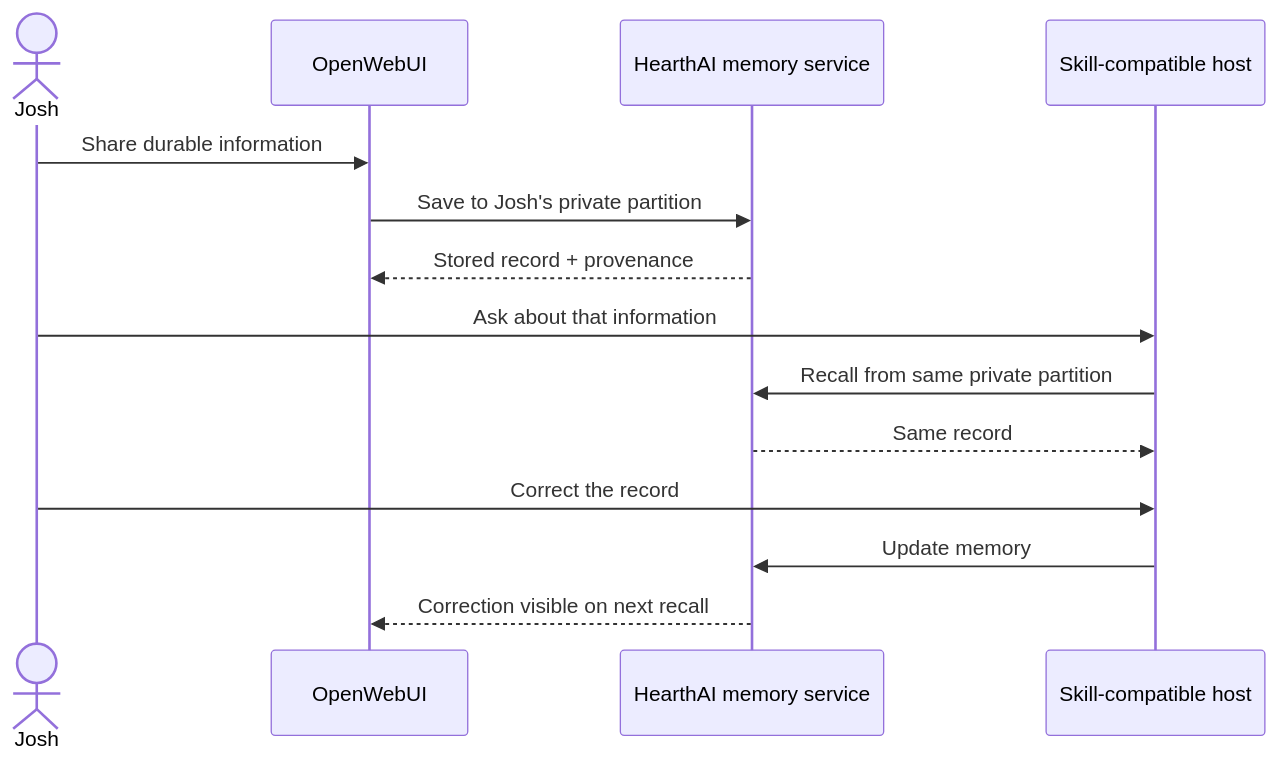
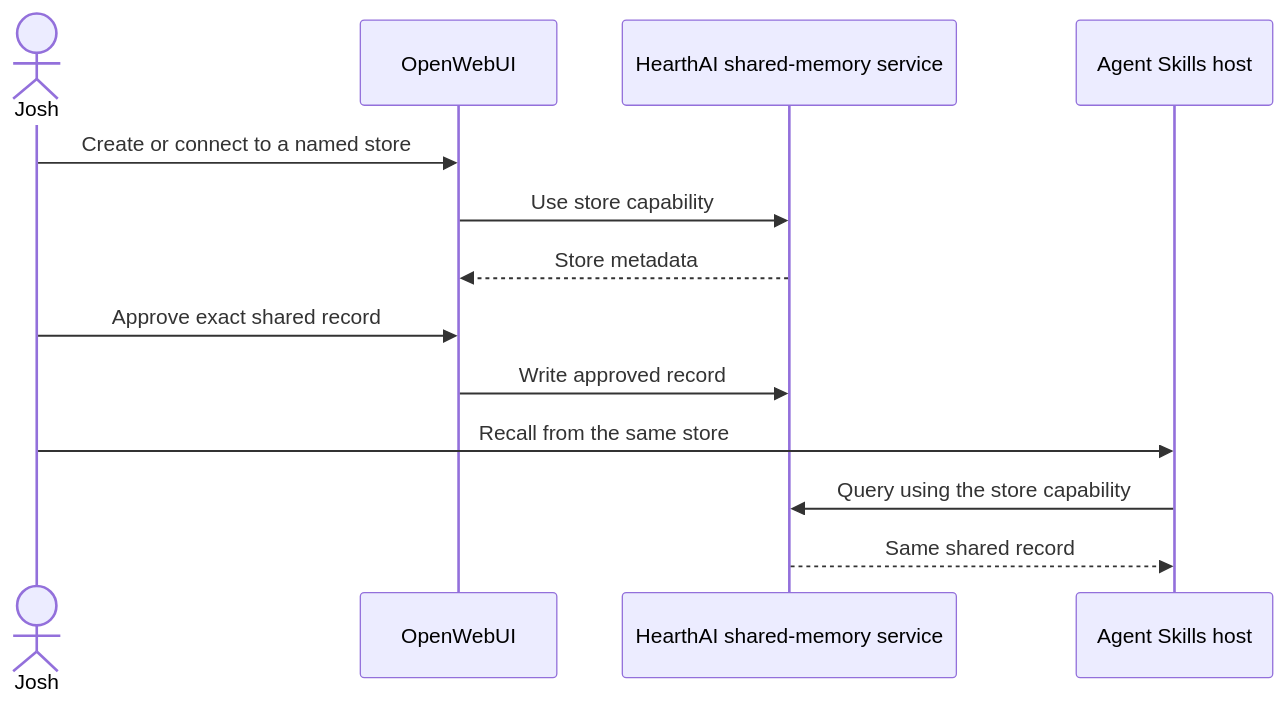
Before and after one commit to jokajak/hearthai: the fourth of 6 diagrams in docs/ARCHITECTURE.md, drawn with Mermaid. The commit also changed other lines of this file and 5 other files, not shown here.

Commit message:
Refine HearthAI capability roadmap

````diff
--- a/docs/ARCHITECTURE.md
+++ b/docs/ARCHITECTURE.md
@@ -228,17 +189,16 @@
 ```mermaid
 sequenceDiagram
     actor Josh
     participant OW as OpenWebUI
-    participant Mem as HearthAI memory service
-    participant Host as Skill-compatible host
+    participant Mem as HearthAI shared-memory service
+    participant Host as Agent Skills host
 
-    Josh->>OW: Share durable information
-    OW->>Mem: Save to Josh's private partition
-    Mem-->>OW: Stored record + provenance
-    Josh->>Host: Ask about that information
-    Host->>Mem: Recall from same private partition
-    Mem-->>Host: Same record
-    Josh->>Host: Correct the record
-    Host->>Mem: Update memory
-    Mem-->>OW: Correction visible on next recall
+    Josh->>OW: Create or connect to a named store
+    OW->>Mem: Use store capability
+    Mem-->>OW: Store metadata
+    Josh->>OW: Approve exact shared record
+    OW->>Mem: Write approved record
+    Josh->>Host: Recall from the same store
+    Host->>Mem: Query using the store capability
+    Mem-->>Host: Same shared record
 ```
````
